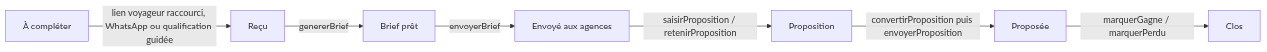
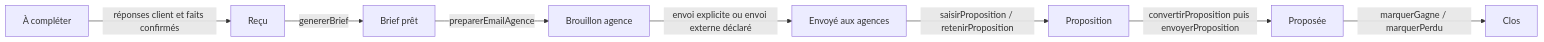
One commit to insenexperience/direction-lalgerie-travel-lead-desk changed the first of 7 diagrams in docs/USER_JOURNEYS.md. Above: the diagram before and after it, drawn with Mermaid. The commit also changed other lines of this file and 36 other files, not shown here.

````diff
--- a/docs/USER_JOURNEYS.md
+++ b/docs/USER_JOURNEYS.md
@@ -13,9 +13,10 @@
 ```mermaid
 flowchart LR
-  A[À compléter] -->|lien voyageur raccourci, WhatsApp ou qualification guidée| R[Reçu]
+  A[À compléter] -->|réponses client et faits confirmés| R[Reçu]
   R -->|genererBrief| B[Brief prêt]
-  B -->|envoyerBrief| E[Envoyé aux agences]
+  B -->|preparerEmailAgence| D[Brouillon agence]
+  D -->|envoi explicite ou envoi externe déclaré| E[Envoyé aux agences]
   E -->|saisirProposition / retenirProposition| P[Proposition]
   P -->|convertirProposition puis envoyerProposition| PR[Proposée]
   PR -->|marquerGagne / marquerPerdu| C[Clos]
 ```
````
